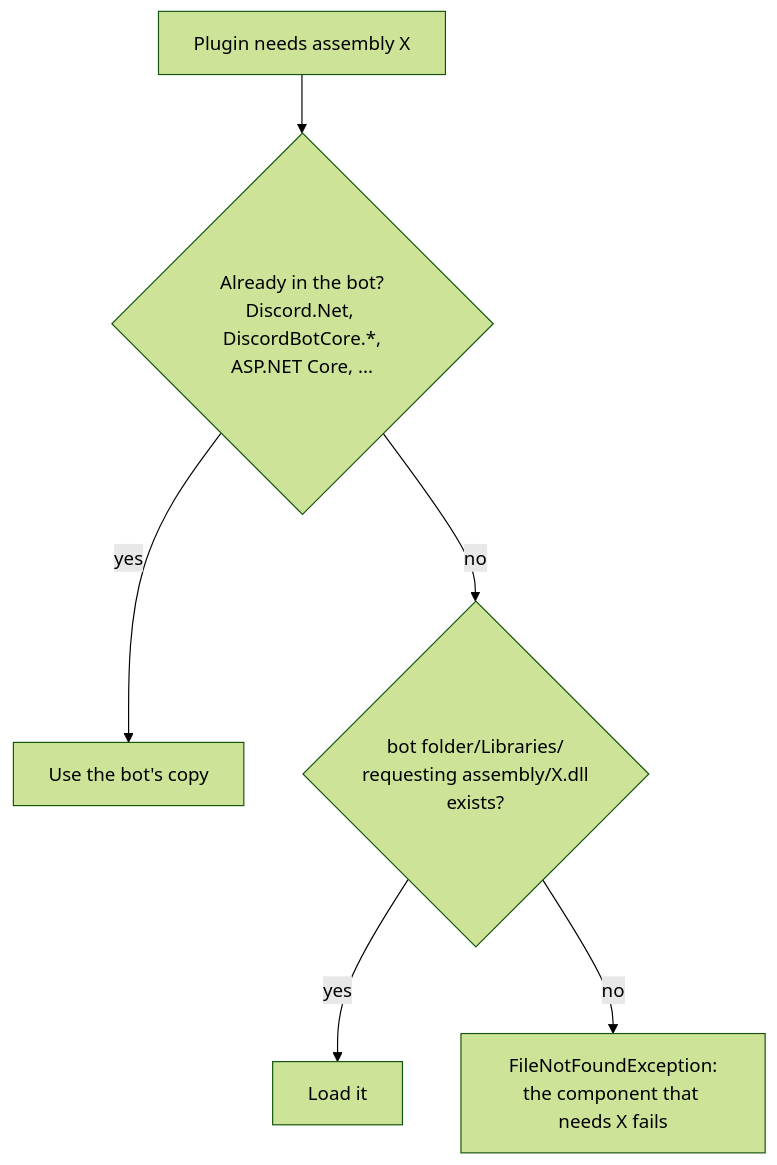
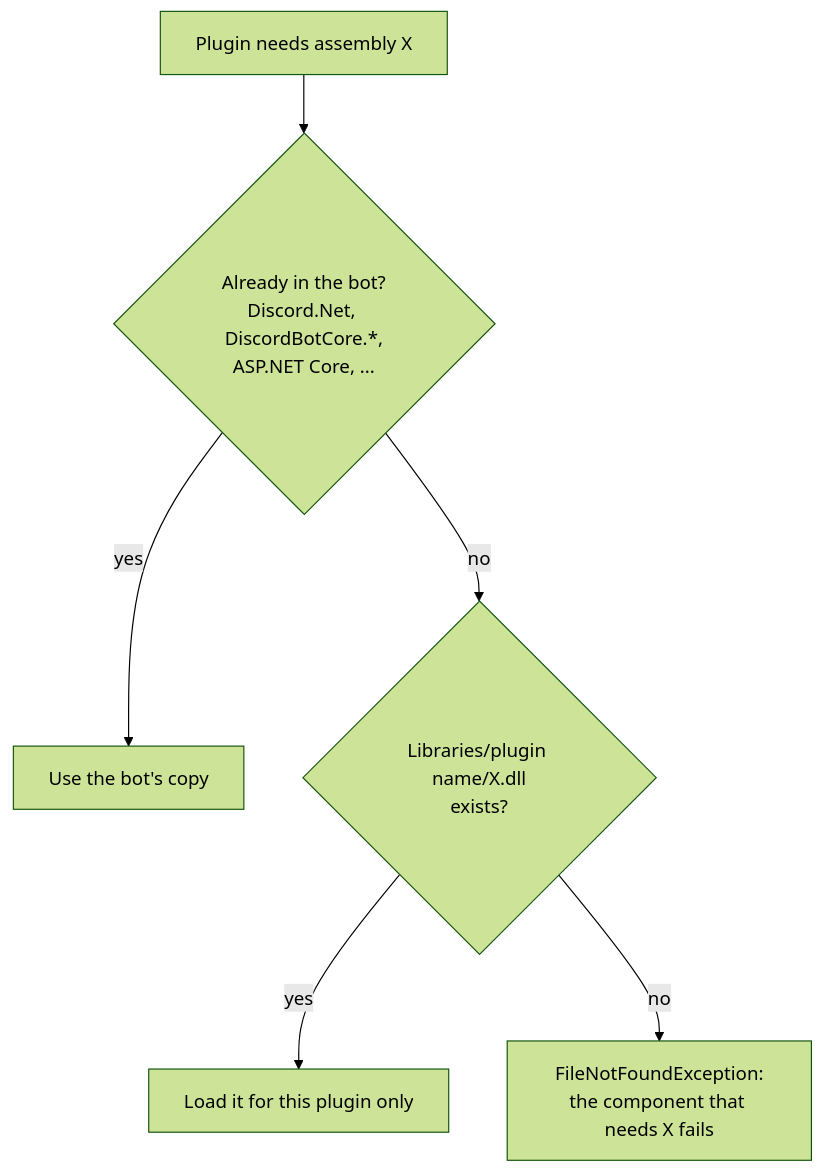
Before and after one commit to andreitdr/SethDiscordBot: the diagram in docs/creating-plugins/dependencies.md, drawn with Mermaid (forest theme). The commit also changed other lines of this file and 40 other files, not shown here.

````diff
--- a/docs/creating-plugins/dependencies.md
+++ b/docs/creating-plugins/dependencies.md
@@ -5,8 +5,8 @@
 ```mermaid
 flowchart TD
     A[Plugin needs assembly X] --> B{Already in the bot?<br/>Discord.Net, DiscordBotCore.*,<br/>ASP.NET Core, ...}
     B -- yes --> OK[Use the bot's copy]
-    B -- no --> C{"bot folder/Libraries/<br/>requesting assembly/X.dll<br/>exists?"}
-    C -- yes --> L[Load it]
+    B -- no --> C{"Libraries/plugin name/X.dll<br/>exists?"}
+    C -- yes --> L[Load it for this plugin only]
     C -- no --> F[FileNotFoundException:<br/>the component that needs X fails]
 ```
````
